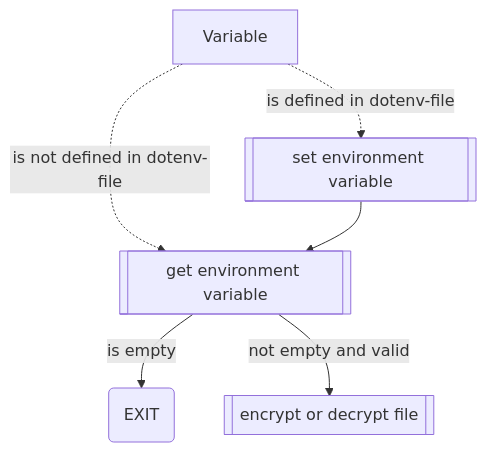
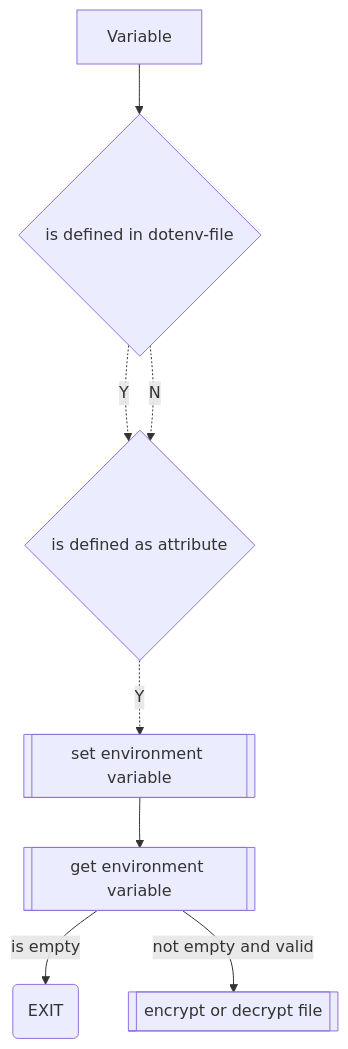
Before and after one commit to Zheng-Bote/qt-cli_file_encryption-decryption: the first of 2 diagrams in README.md, drawn with Mermaid. The commit also changed other lines of this file, not shown here.

````diff
--- a/README.md
+++ b/README.md
@@ -128,8 +129,11 @@
 ```mermaid
 flowchart TD;
-    A["Variable"]-. "is defined in dotenv-file" .->B[["set environment variable"]]
-    A["Variable"]-. "is not defined in dotenv-file" .->C[["get environment variable"]]
-    B-->C
-    C-- "is empty" -->E("EXIT")
-    C-- "not empty and valid" -->P[["encrypt or decrypt file"]]
+    A["Variable"]-->Dotenv{"is defined in dotenv-file"}
+    Dotenv-. "Y" .->Attrib{"is defined as attribute"}
+    Dotenv-. "N" .->Attrib{"is defined as attribute"}
+    Attrib-. "Y" .->S[["set environment variable"]]
+    S-->V
+    V[["get environment variable"]]
+    V-- "is empty" -->E("EXIT")
+    V-- "not empty and valid" -->P[["encrypt or decrypt file"]]
 ```
````
